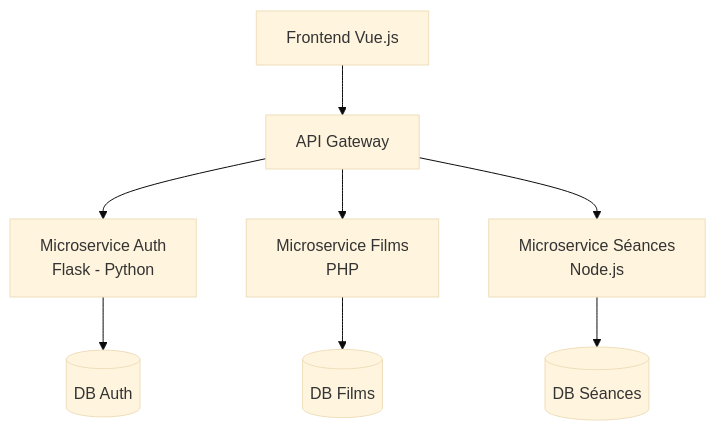
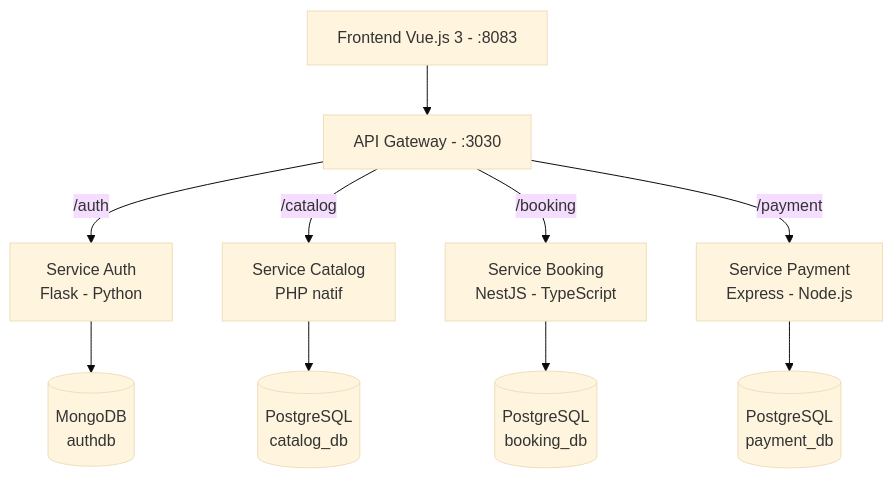
The diagram in README.md (Buzz30Gotcho/cinema-microservices), drawn with Mermaid (base theme) before and after one commit. The commit also changed other lines of this file, not shown here.

Commit message:
docs: mise à jour du README (4 microservices, routes par nom de service, bases MongoDB/PostgreSQL, ports, JWT, lancement)

````diff
--- a/README.md
+++ b/README.md
@@ -26,11 +21,13 @@
 ```mermaid
 graph TD
-    A[Frontend Vue.js] --> B[API Gateway]
-    B --> C[Microservice Auth<br/>Flask - Python]
-    B --> D[Microservice Films<br/>PHP]
-    B --> E[Microservice Séances<br/>Node.js]
+    A[Frontend Vue.js 3 - :8083] --> B[API Gateway - :3030]
+    B -->|/auth| C[Service Auth<br/>Flask - Python]
+    B -->|/catalog| D[Service Catalog<br/>PHP natif]
+    B -->|/booking| E[Service Booking<br/>NestJS - TypeScript]
+    B -->|/payment| F[Service Payment<br/>Express - Node.js]
 
-    C --> CDB[(DB Auth)]
-    D --> DDB[(DB Films)]
-    E --> EDB[(DB Séances)]
+    C --> CDB[(MongoDB<br/>authdb)]
+    D --> DDB[(PostgreSQL<br/>catalog_db)]
+    E --> EDB[(PostgreSQL<br/>booking_db)]
+    F --> FDB[(PostgreSQL<br/>payment_db)]
 ```
````
